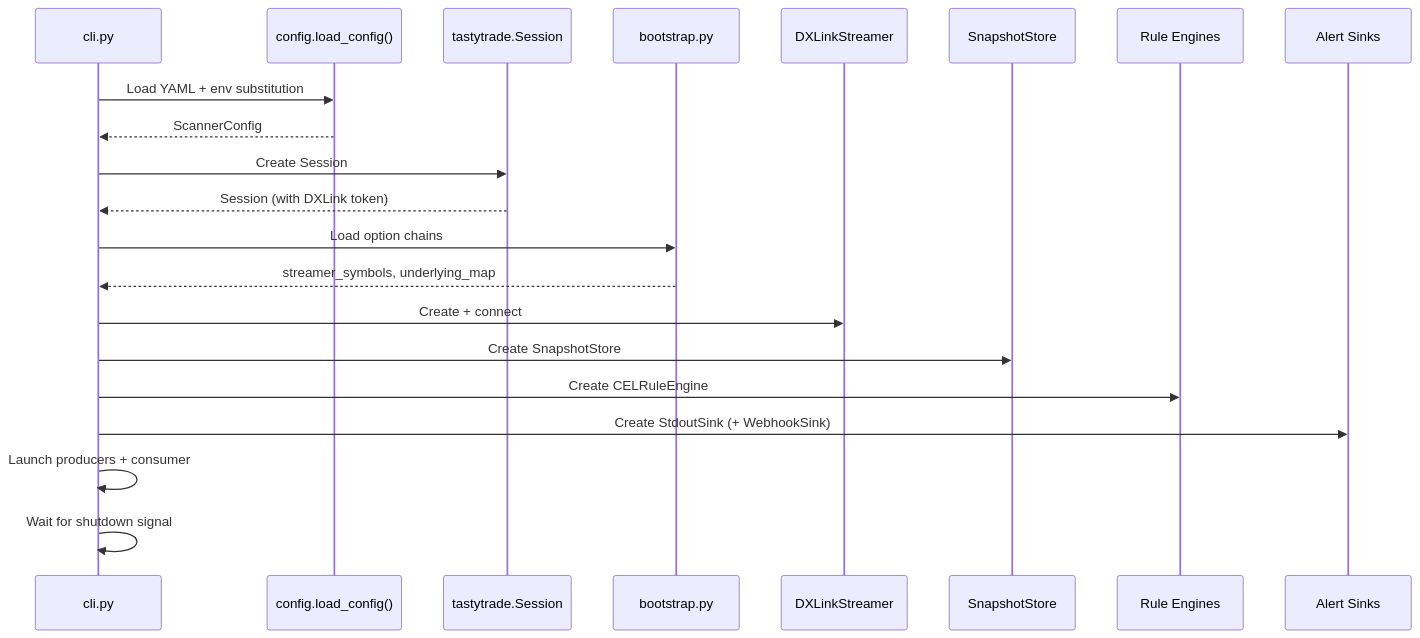
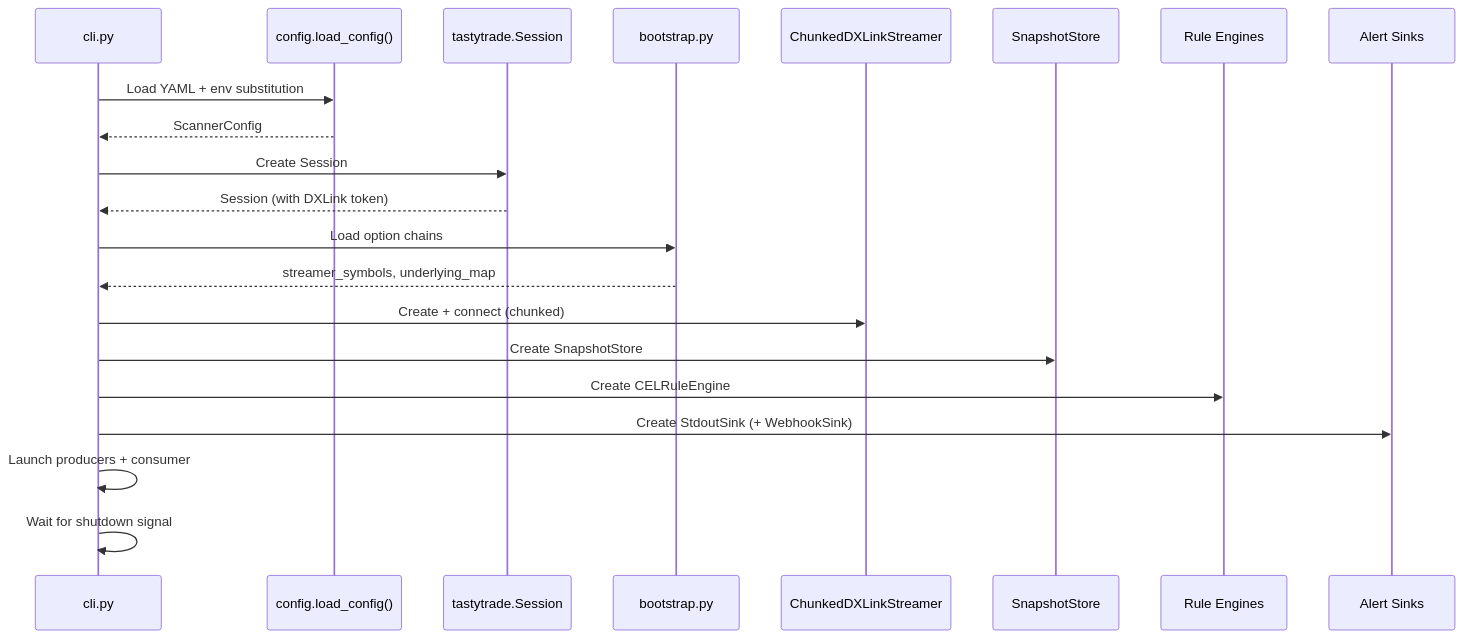
One commit to rcapozzi/dxlink-scanner changed the second of 2 diagrams in docs/architecture.md. Above: the diagram before and after it, drawn with Mermaid. The commit also changed other lines of this file and 2 other files, not shown here.

First line of the commit message:
docs: update README, index, and architecture for current codebase

````diff
--- a/docs/architecture.md
+++ b/docs/architecture.md
@@ -268,24 +243,24 @@
 ```mermaid
 sequenceDiagram
     participant CLI as cli.py
     participant Config as config.load_config()
     participant Auth as tastytrade.Session
     participant Chain as bootstrap.py
-    participant Streamer as DXLinkStreamer
+    participant Streamer as ChunkedDXLinkStreamer
     participant Store as SnapshotStore
     participant Rules as Rule Engines
     participant Sinks as Alert Sinks
 
     CLI->>Config: Load YAML + env substitution
     Config-->>CLI: ScannerConfig
     CLI->>Auth: Create Session
     Auth-->>CLI: Session (with DXLink token)
     CLI->>Chain: Load option chains
     Chain-->>CLI: streamer_symbols, underlying_map
-    CLI->>Streamer: Create + connect
+    CLI->>Streamer: Create + connect (chunked)
     CLI->>Store: Create SnapshotStore
     CLI->>Rules: Create CELRuleEngine
     CLI->>Sinks: Create StdoutSink (+ WebhookSink)
     CLI->>CLI: Launch producers + consumer
     CLI->>CLI: Wait for shutdown signal
 ```
````
